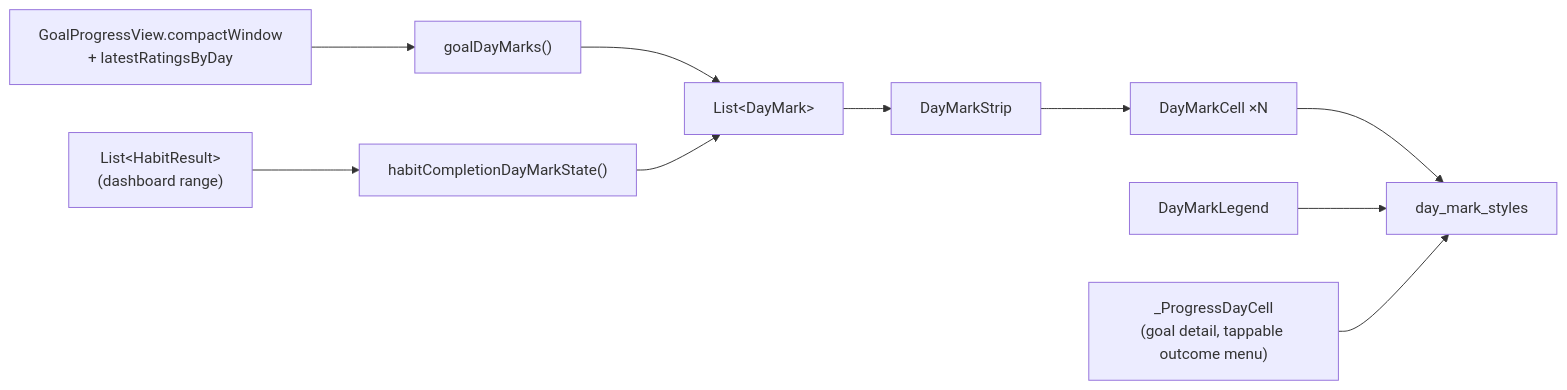
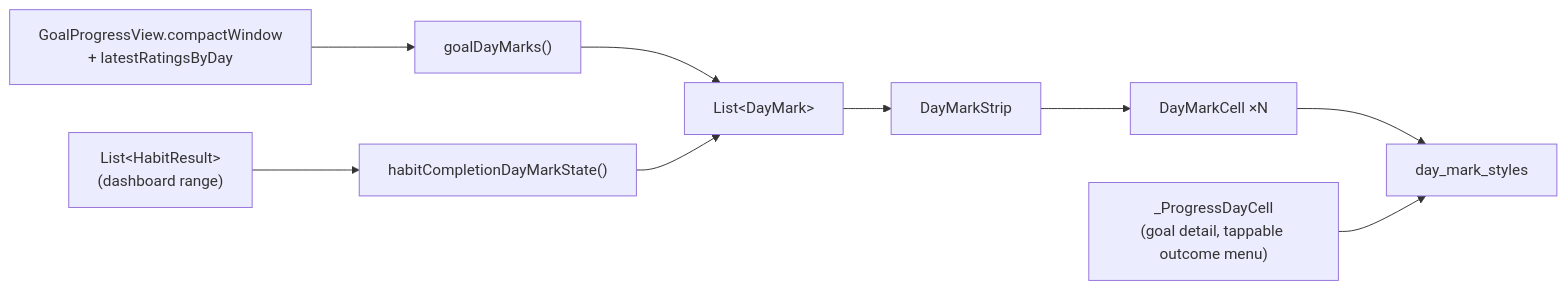
Before and after one commit to matthiasn/lotti: the second of 3 diagrams in knowledge/architecture/day-indicators.md, drawn with Mermaid. The commit also changed other lines of this file and 10 other files, not shown here.

````diff
--- a/knowledge/architecture/day-indicators.md
+++ b/knowledge/architecture/day-indicators.md
@@ -99,12 +98,11 @@
 ```mermaid
 flowchart LR
   GV["GoalProgressView.compactWindow<br/>+ latestRatingsByDay"] --> GA["goalDayMarks()"]
   HR["List&lt;HabitResult&gt;<br/>(dashboard range)"] --> HA["habitCompletionDayMarkState()"]
   GA --> M["List&lt;DayMark&gt;"]
   HA --> M
   M --> S["DayMarkStrip"]
   S --> C["DayMarkCell ×N"]
   C --> ST["day_mark_styles"]
-  L["DayMarkLegend"] --> ST
   P["_ProgressDayCell<br/>(goal detail, tappable outcome menu)"] --> ST
 ```
````
